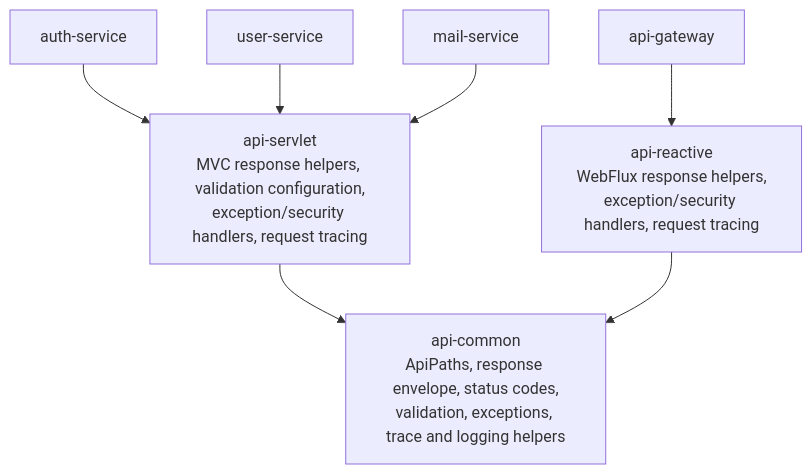
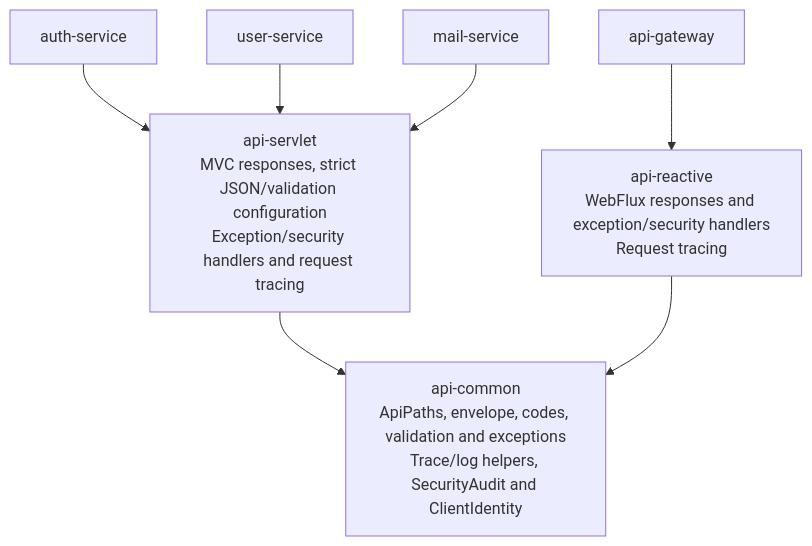
One commit to Sanglm2207/hybrid-auth-platform changed the third of 3 diagrams in README.md. Above: the diagram before and after it, drawn with Mermaid. The commit also changed other lines of this file, not shown here.

Commit message:
docs: update architecture diagrams for mail, security and account lifecycle

````diff
--- a/README.md
+++ b/README.md
@@ -75,9 +120,9 @@
 ```mermaid
 flowchart TB
-    auth["auth-service"] --> servlet["api-servlet<br/>MVC response helpers, validation configuration,<br/>exception/security handlers, request tracing"]
+    auth["auth-service"] --> servlet["api-servlet<br/>MVC responses, strict JSON/validation configuration<br/>Exception/security handlers and request tracing"]
     user["user-service"] --> servlet
     mail["mail-service"] --> servlet
-    gateway["api-gateway"] --> reactive["api-reactive<br/>WebFlux response helpers,<br/>exception/security handlers, request tracing"]
-    servlet --> common["api-common<br/>ApiPaths, response envelope, status codes,<br/>validation, exceptions, trace and logging helpers"]
+    gateway["api-gateway"] --> reactive["api-reactive<br/>WebFlux responses and exception/security handlers<br/>Request tracing"]
+    servlet --> common["api-common<br/>ApiPaths, envelope, codes, validation and exceptions<br/>Trace/log helpers, SecurityAudit and ClientIdentity"]
     reactive --> common
 ```
````
